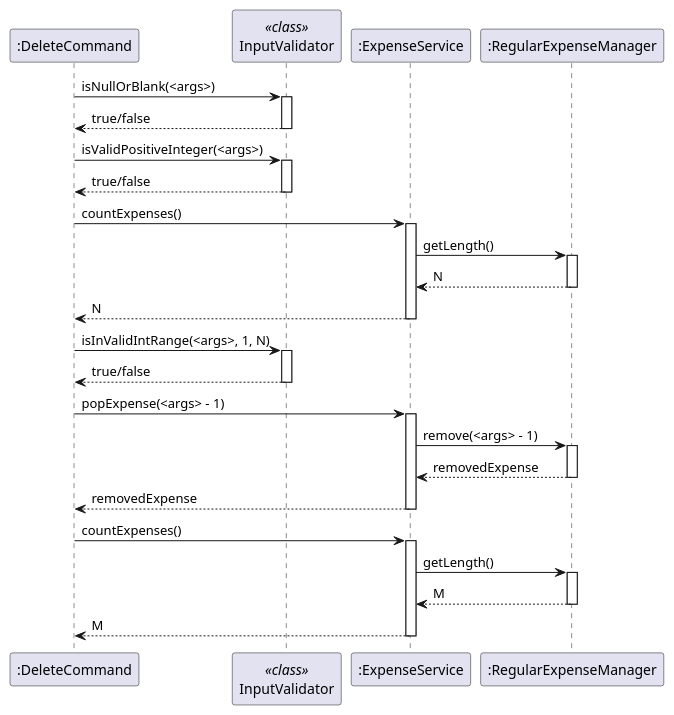
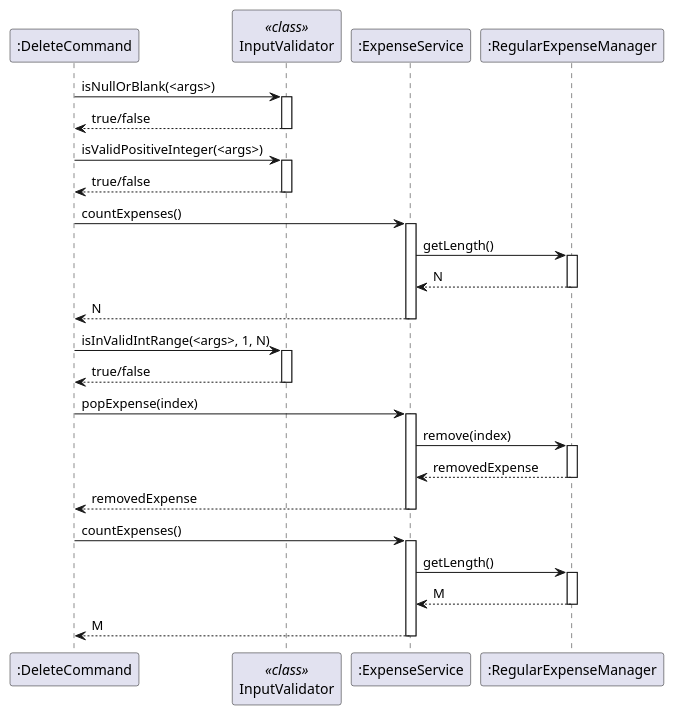
One commit to randust/tp changed the diagram in docs/diagrams/sequence/delete.puml. Above: the diagram before and after it, drawn with PlantUML. The commit also changed 2 other files, not shown here.

Commit message:
Fix checkstyle error, minor change to delete sequence diagram

```diff
--- a/docs/diagrams/sequence/delete.puml
+++ b/docs/diagrams/sequence/delete.puml
@@ -1,50 +1,50 @@
 @startuml delete
 
 participant ":DeleteCommand" as DeleteCmd
 participant "InputValidator" as Validator <<class>>
 participant ":ExpenseService" as ExpenseSvc
 participant ":RegularExpenseManager" as RegExpMgr
 
 DeleteCmd -> Validator : isNullOrBlank(<args>)
 activate Validator
 Validator --> DeleteCmd : true/false
 deactivate Validator
 
 DeleteCmd -> Validator : isValidPositiveInteger(<args>)
 activate Validator
 Validator --> DeleteCmd : true/false
 deactivate Validator
 
 DeleteCmd -> ExpenseSvc : countExpenses()
 activate ExpenseSvc
 ExpenseSvc -> RegExpMgr : getLength()
 activate RegExpMgr
 RegExpMgr --> ExpenseSvc : N
 deactivate RegExpMgr
 ExpenseSvc --> DeleteCmd : N
 deactivate ExpenseSvc
 
 DeleteCmd -> Validator : isInValidIntRange(<args>, 1, N)
 activate Validator
 Validator --> DeleteCmd : true/false
 deactivate Validator
 
-DeleteCmd -> ExpenseSvc : popExpense(<args> - 1)
+DeleteCmd -> ExpenseSvc : popExpense(index)
 activate ExpenseSvc
-ExpenseSvc -> RegExpMgr : remove(<args> - 1)
+ExpenseSvc -> RegExpMgr : remove(index)
 activate RegExpMgr
 RegExpMgr --> ExpenseSvc : removedExpense
 deactivate RegExpMgr
 ExpenseSvc --> DeleteCmd : removedExpense
 deactivate ExpenseSvc
 
 DeleteCmd -> ExpenseSvc : countExpenses()
 activate ExpenseSvc
 ExpenseSvc -> RegExpMgr : getLength()
 activate RegExpMgr
 RegExpMgr --> ExpenseSvc : M
 deactivate RegExpMgr
 ExpenseSvc --> DeleteCmd : M
 deactivate ExpenseSvc
 
 @enduml
```
